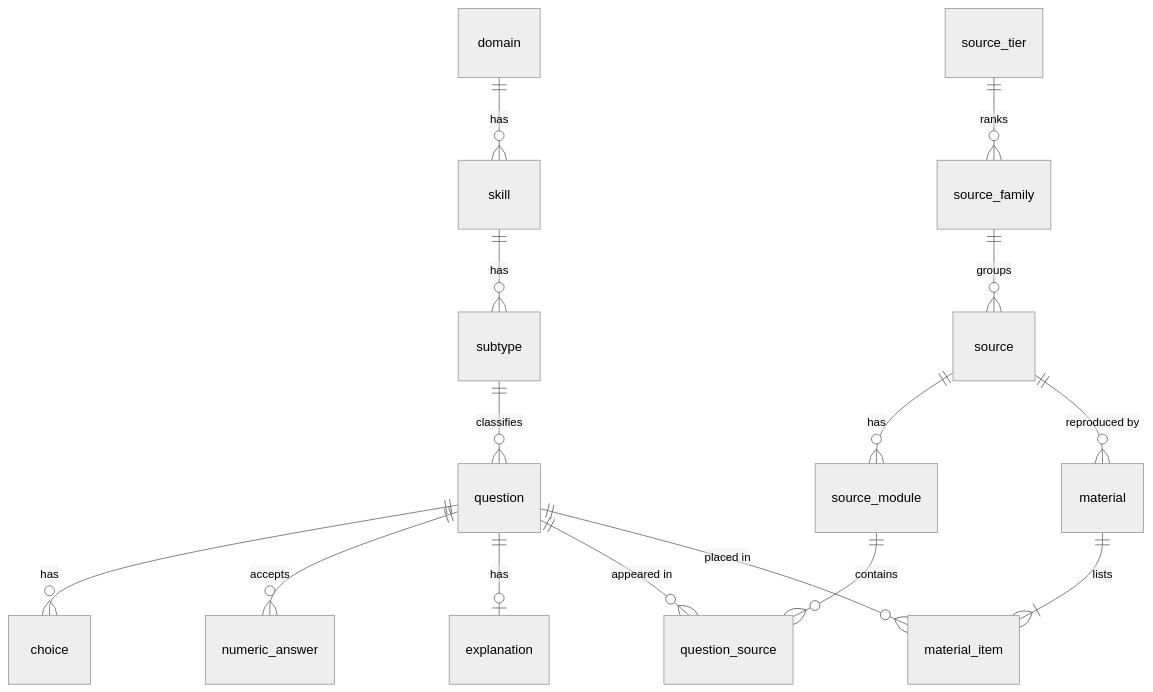
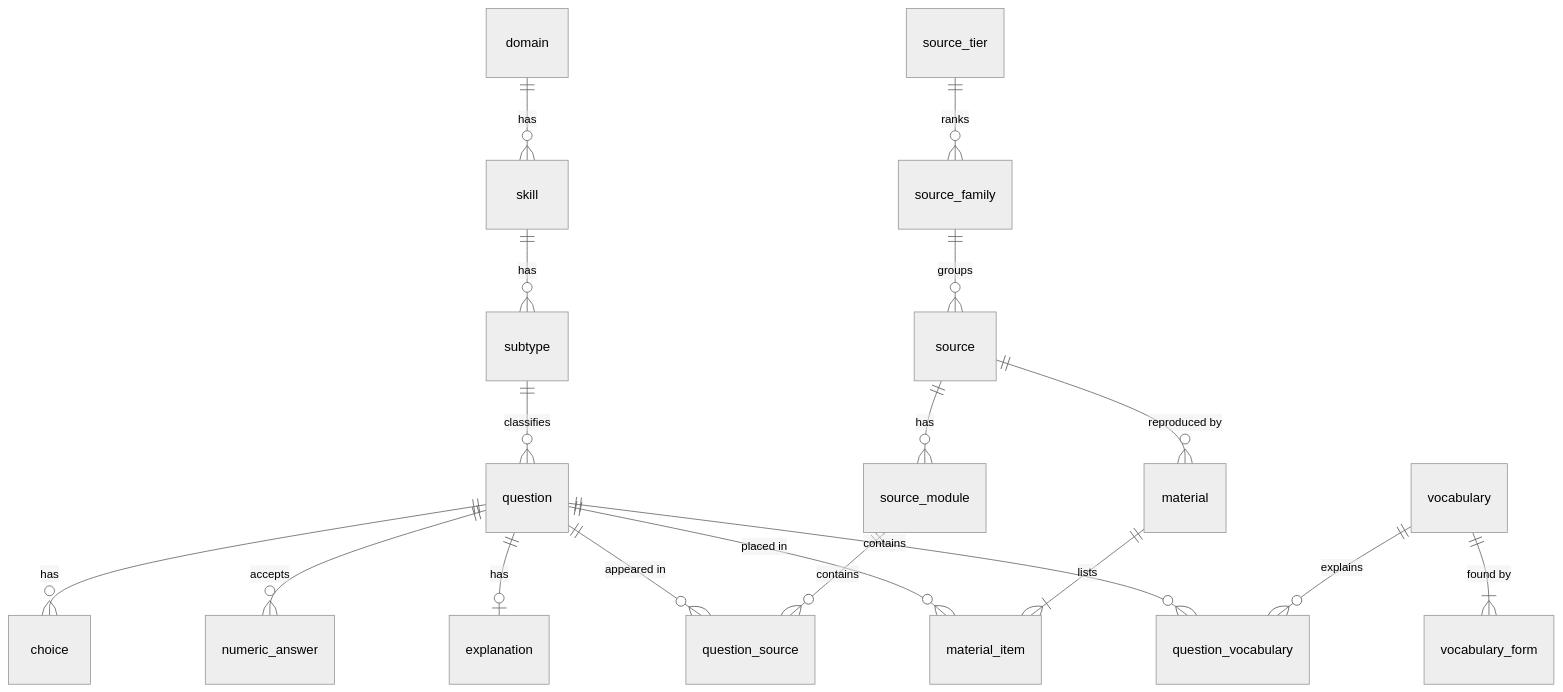
Before and after one commit to jterroblate/sat-practice-web: the diagram in docs/content-db.md, drawn with Mermaid (neutral theme). The commit also changed other lines of this file and 14 other files, not shown here.

````diff
--- a/docs/content-db.md
+++ b/docs/content-db.md
@@ -35,17 +38,20 @@
 ```mermaid
 erDiagram
     domain ||--o{ skill : has
     skill ||--o{ subtype : has
     subtype ||--o{ question : classifies
     question ||--o{ choice : has
     question ||--o{ numeric_answer : accepts
     question ||--o| explanation : has
     source_tier ||--o{ source_family : ranks
     source_family ||--o{ source : groups
     source ||--o{ source_module : has
     source_module ||--o{ question_source : contains
     question ||--o{ question_source : "appeared in"
     material ||--|{ material_item : lists
     question ||--o{ material_item : "placed in"
     source ||--o{ material : "reproduced by"
+    vocabulary ||--|{ vocabulary_form : "found by"
+    vocabulary ||--o{ question_vocabulary : explains
+    question ||--o{ question_vocabulary : contains
 ```
````
